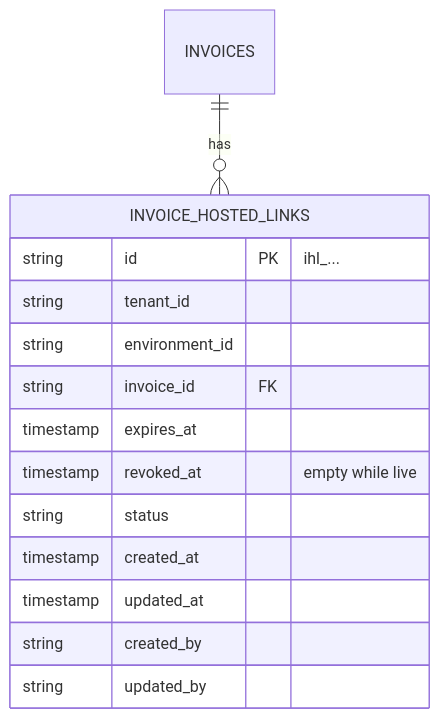
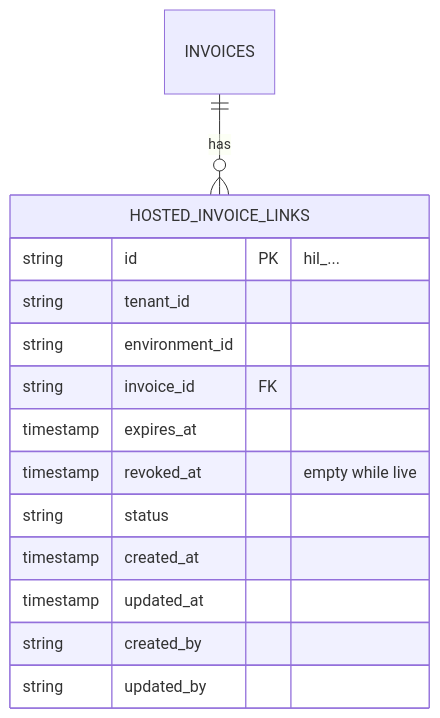
One commit to flexprice/flexprice changed the third of 4 diagrams in docs/design/2026-10-14-hosted-invoice-erd.md. Above: the diagram before and after it, drawn with Mermaid. The commit also changed other lines of this file, not shown here.

Commit message:
docs: align hosted invoice ERD with layer 1 decisions

````diff
--- a/docs/design/2026-10-14-hosted-invoice-erd.md
+++ b/docs/design/2026-10-14-hosted-invoice-erd.md
@@ -262,17 +257,17 @@
 ```mermaid
 erDiagram
-  INVOICES ||--o{ INVOICE_HOSTED_LINKS : "has"
-  INVOICE_HOSTED_LINKS {
-    string id PK "ihl_..."
+  INVOICES ||--o{ HOSTED_INVOICE_LINKS : "has"
+  HOSTED_INVOICE_LINKS {
+    string id PK "hil_..."
     string tenant_id
     string environment_id
     string invoice_id FK
     timestamp expires_at
     timestamp revoked_at "empty while live"
     string status
     timestamp created_at
     timestamp updated_at
     string created_by
     string updated_by
   }
 ```
````
